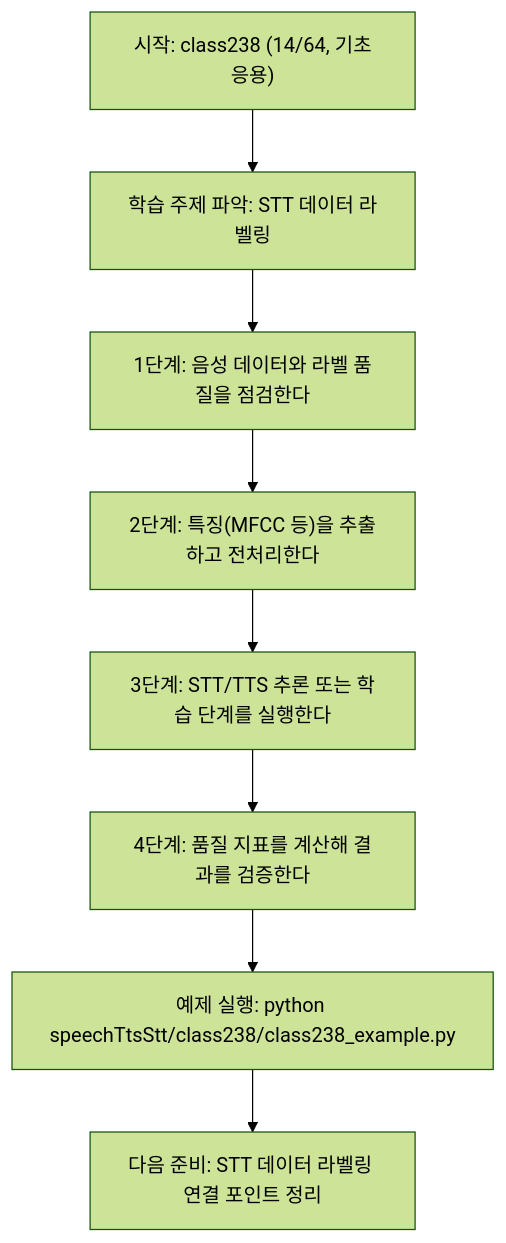
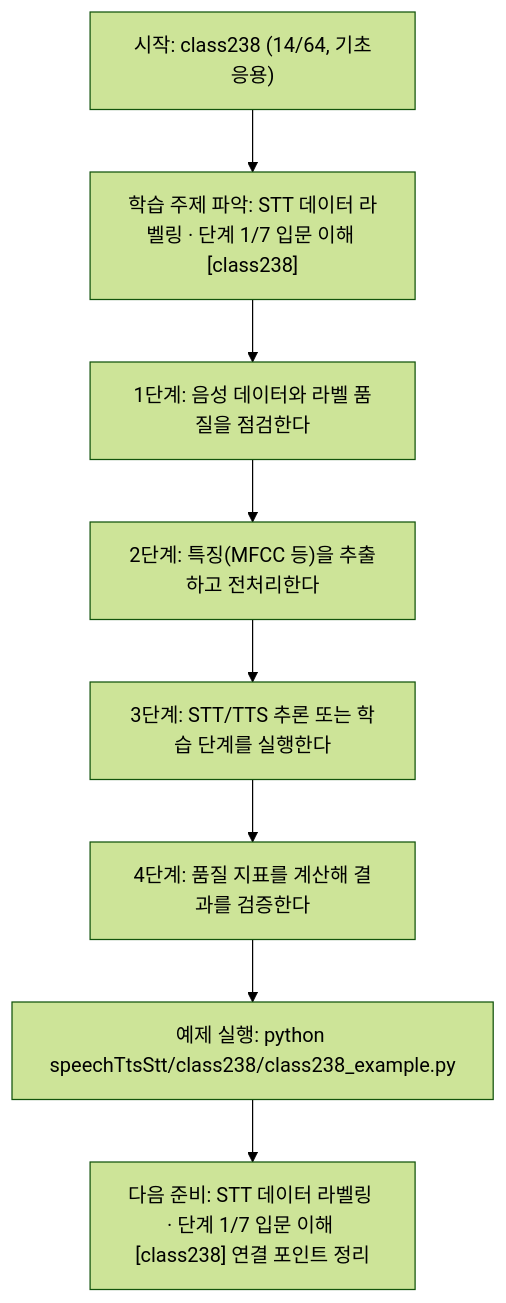
Before and after one commit to edumgt/Python-AI_Agent-Class: the diagram in speechTtsStt/class238/class238.md, drawn with Mermaid (forest theme). The commit also changed other lines of this file and 522 other files, not shown here.

````diff
--- a/speechTtsStt/class238/class238.md
+++ b/speechTtsStt/class238/class238.md
@@ -113,18 +114,18 @@
 ```mermaid
 flowchart TD
 N1["시작: class238 (14/64, 기초응용)"]
-N2["학습 주제 파악: STT 데이터 라벨링"]
+N2["학습 주제 파악: STT 데이터 라벨링 · 단계 1/7 입문 이해 [class238]"]
 N3["1단계: 음성 데이터와 라벨 품질을 점검한다"]
 N4["2단계: 특징(MFCC 등)을 추출하고 전처리한다"]
 N5["3단계: STT/TTS 추론 또는 학습 단계를 실행한다"]
 N6["4단계: 품질 지표를 계산해 결과를 검증한다"]
 N7["예제 실행: python speechTtsStt/class238/class238_example.py"]
-N8["다음 준비: STT 데이터 라벨링 연결 포인트 정리"]
+N8["다음 준비: STT 데이터 라벨링 · 단계 1/7 입문 이해 [class238] 연결 포인트 정리"]
 N1 --> N2
 N2 --> N3
 N3 --> N4
 N4 --> N5
 N5 --> N6
 N6 --> N7
 N7 --> N8
 ```
````
